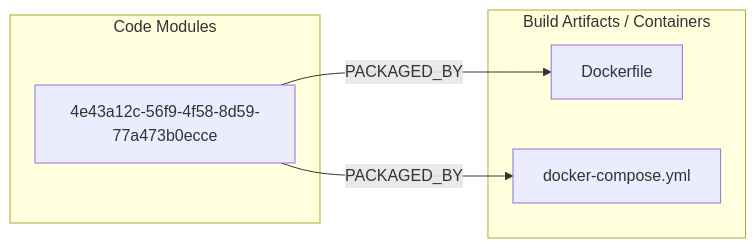
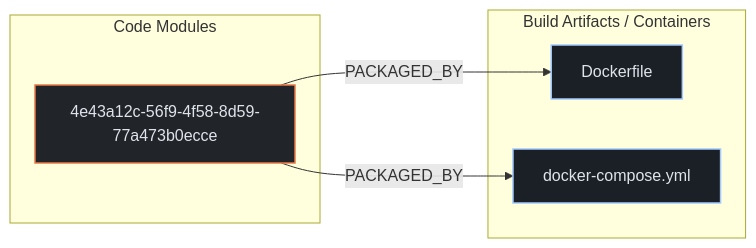
The second of 3 diagrams in exports/latest/reports/supabase-supabase-grafana-report.md (kumarshaz/atruss-code-atlas), drawn with Mermaid before and after one commit. The commit also changed other lines of this file and 331 other files, not shown here.

Commit message:
docs,ui,fix: update SDLC docs, reorder CI/CD DAG first, stylize Mermaid, and fix Arc42 pipeline topology

````diff
--- a/exports/latest/reports/supabase-supabase-grafana-report.md
+++ b/exports/latest/reports/supabase-supabase-grafana-report.md
@@ -80,12 +87,16 @@
 ```mermaid
 flowchart LR
+    classDef atlasCategory fill:#212428,stroke:#E87A48,stroke-width:1.5px,color:#dfe3eb
+    classDef atlasWorkflow fill:#1b2026,stroke:#a3c9ff,stroke-width:1.5px,color:#dfe3eb
+    classDef atlasJob fill:#171c22,stroke:#8d9199,stroke-width:1px,color:#dfe3eb
+    classDef atlasTarget fill:#005227,stroke:#8bd99b,stroke-width:1.5px,color:#a7f6b6
     subgraph code_modules["Code Modules"]
-        mod_4e43a12c_56f9_4f58_8d59_77a473b0ecce["4e43a12c-56f9-4f58-8d59-77a473b0ecce"]
+        mod_4e43a12c_56f9_4f58_8d59_77a473b0ecce["4e43a12c-56f9-4f58-8d59-77a473b0ecce"]:::atlasCategory
     end
     subgraph build_artifacts["Build Artifacts / Containers"]
-        art_Dockerfile["Dockerfile"]
-        art_docker_compose_yml["docker-compose.yml"]
+        art_Dockerfile["Dockerfile"]:::atlasWorkflow
+        art_docker_compose_yml["docker-compose.yml"]:::atlasWorkflow
     end
     mod_4e43a12c_56f9_4f58_8d59_77a473b0ecce -->|PACKAGED_BY| art_Dockerfile
     mod_4e43a12c_56f9_4f58_8d59_77a473b0ecce -->|PACKAGED_BY| art_docker_compose_yml
 ```
````
